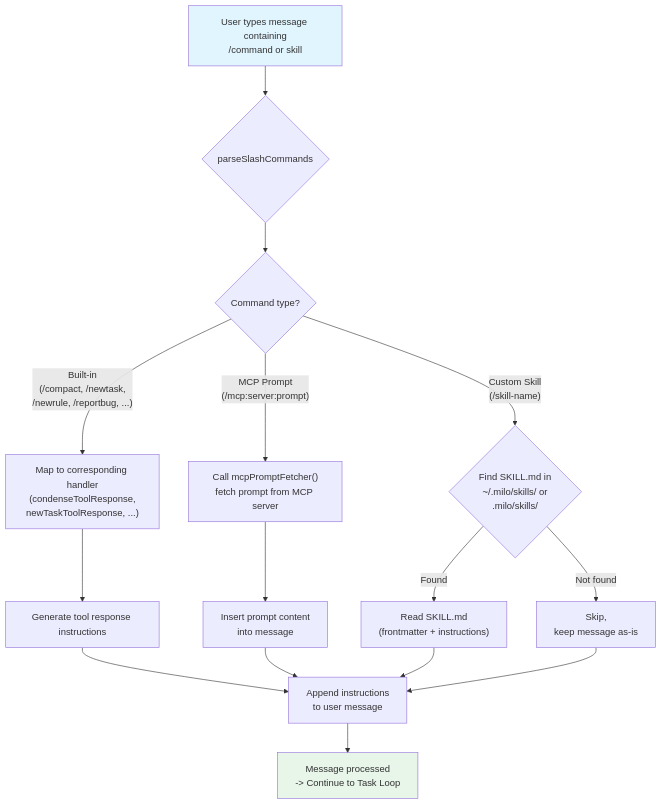
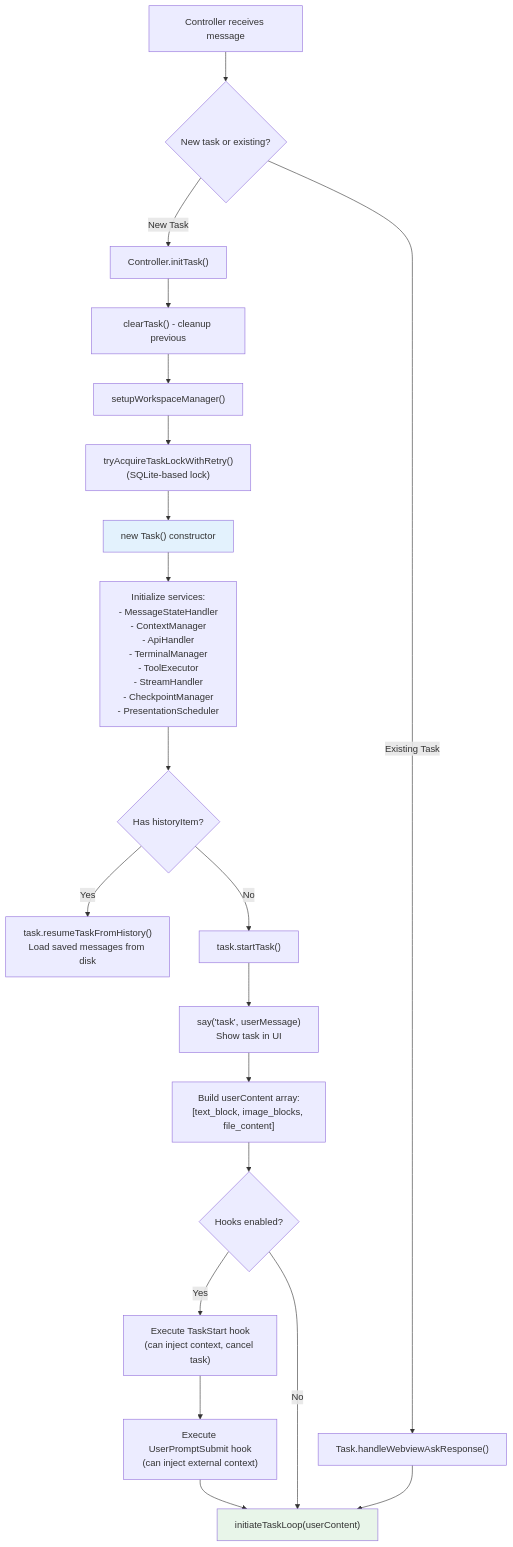
One commit to TungND2k2/Milo-ai changed the third of 15 diagrams in README.md. Above: the diagram before and after it, drawn with Mermaid. The commit also changed other lines of this file, not shown here.

````diff
--- a/README.md
+++ b/README.md
@@ -162,25 +115,33 @@
 ```mermaid
 flowchart TD
-    A["User types message containing<br/>/command or skill"] --> B{parseSlashCommands}
+    A["Controller receives message"] --> B{"New task or existing?"}
 
-    B --> C{"Command type?"}
+    B -->|"New Task"| C["Controller.initTask()"]
+    B -->|"Existing Task"| D["Task.handleWebviewAskResponse()"]
 
-    C -->|"Built-in<br/>(/compact, /newtask,<br/>/newrule, /reportbug, ...)"| D["Map to corresponding handler<br/>(condenseToolResponse,<br/>newTaskToolResponse, ...)"]
-    D --> E["Generate tool response instructions"]
-    E --> J
+    C --> C1["clearTask() - cleanup previous"]
+    C1 --> C2["setupWorkspaceManager()"]
+    C2 --> C3["tryAcquireTaskLockWithRetry()<br/>(SQLite-based lock)"]
+    C3 --> C4["new Task() constructor"]
 
-    C -->|"MCP Prompt<br/>(/mcp:server:prompt)"| F["Call mcpPromptFetcher()<br/>fetch prompt from MCP server"]
-    F --> G["Insert prompt content<br/>into message"]
-    G --> J
+    C4 --> C5["Initialize services:<br/>- MessageStateHandler<br/>- ContextManager<br/>- ApiHandler<br/>- TerminalManager<br/>- ToolExecutor<br/>- StreamHandler<br/>- CheckpointManager<br/>- PresentationScheduler"]
 
-    C -->|"Custom Skill<br/>(/skill-name)"| H{"Find SKILL.md in<br/>~/.milo/skills/ or<br/>.milo/skills/"}
-    H -->|"Found"| I["Read SKILL.md<br/>(frontmatter + instructions)"]
-    I --> J["Append instructions<br/>to user message"]
-    H -->|"Not found"| K["Skip,<br/>keep message as-is"]
-    K --> J
+    C5 --> C6{"Has historyItem?"}
+    C6 -->|"Yes"| C7["task.resumeTaskFromHistory()<br/>Load saved messages from disk"]
+    C6 -->|"No"| C8["task.startTask()"]
 
-    J --> L["Message processed<br/>-> Continue to Task Loop"]
+    C8 --> E["say('task', userMessage)<br/>Show task in UI"]
+    E --> F["Build userContent array:<br/>[text_block, image_blocks, file_content]"]
+    F --> G{"Hooks enabled?"}
 
-    style A fill:#e1f5fe
-    style L fill:#e8f5e9
+    G -->|"Yes"| H["Execute TaskStart hook<br/>(can inject context, cancel task)"]
+    H --> I["Execute UserPromptSubmit hook<br/>(can inject external context)"]
+    I --> J["initiateTaskLoop(userContent)"]
+
+    G -->|"No"| J
+
+    D --> J
+
+    style C4 fill:#e3f2fd
+    style J fill:#e8f5e9
 ```
````
